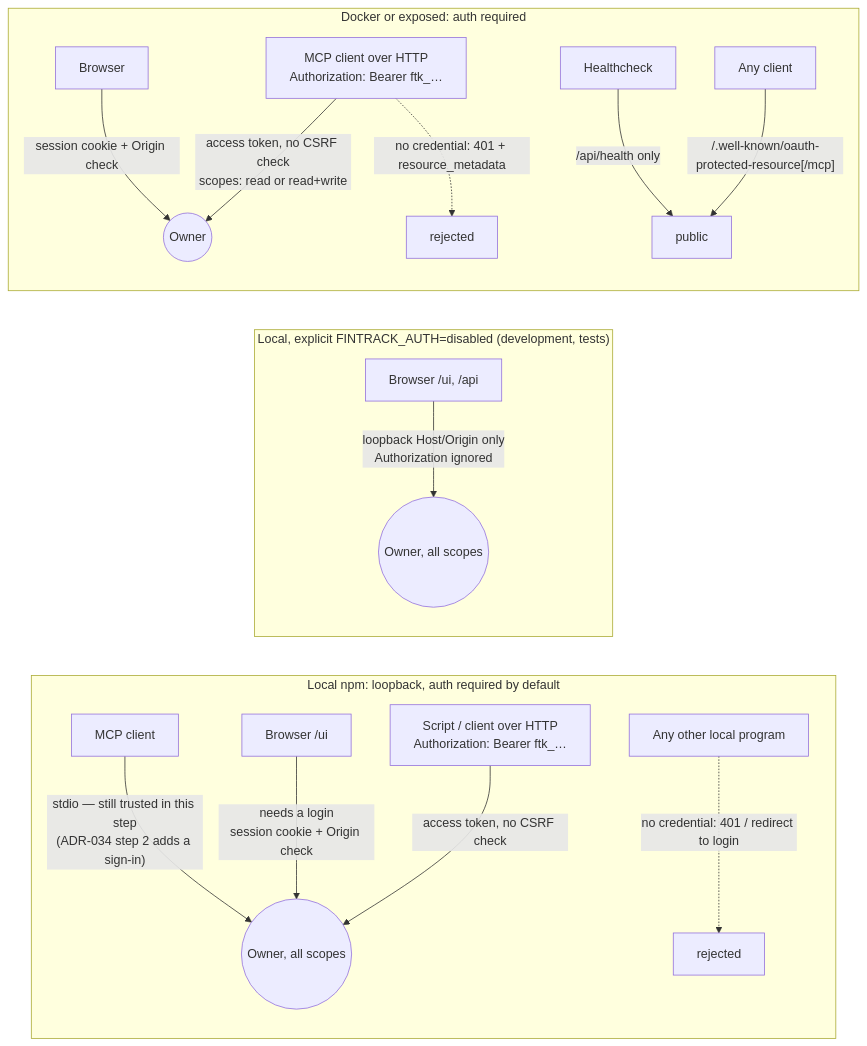
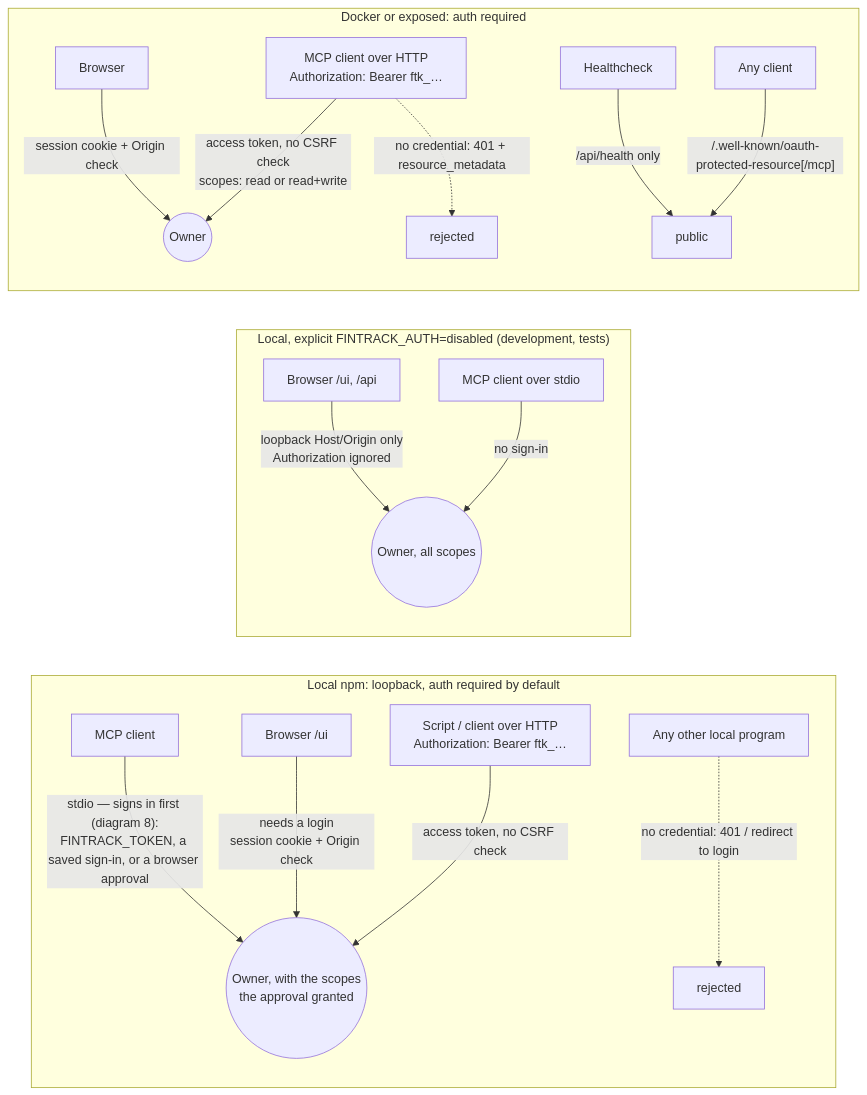
One commit to RafaelFCarneiro/patty changed the tenth of 14 diagrams in docs/auth-flows.md. Above: the diagram before and after it, drawn with Mermaid. The commit also changed other lines of this file and 102 other files, not shown here.

First line of the commit message:
feat(auth): stdio browser sign-in, login/logout, version guard (ADR-034 step 2) (#218)

````diff
--- a/docs/auth-flows.md
+++ b/docs/auth-flows.md
@@ -340,19 +354,20 @@
 ```mermaid
 flowchart LR
     subgraph L1["Local npm: loopback, auth required by default"]
-      S1[MCP client] -- "stdio — still trusted in this step<br/>(ADR-034 step 2 adds a sign-in)" --> O1((Owner, all scopes))
+      S1[MCP client] -- "stdio — signs in first (diagram 8):<br/>FINTRACK_TOKEN, a saved sign-in, or a browser approval" --> O1((Owner, with the scopes<br/>the approval granted))
       B1[Browser /ui] -- "needs a login<br/>session cookie + Origin check" --> O1
       C1["Script / client over HTTP<br/>Authorization: Bearer ftk_…"] -- "access token, no CSRF check" --> O1
       P1[Any other local program] -. "no credential: 401 / redirect to login" .-> X1[rejected]
     end
     subgraph L1D["Local, explicit FINTRACK_AUTH=disabled (development, tests)"]
       B1D[Browser /ui, /api] -- "loopback Host/Origin only<br/>Authorization ignored" --> O1D((Owner, all scopes))
+      S1D[MCP client over stdio] -- "no sign-in" --> O1D
     end
     subgraph L2["Docker or exposed: auth required"]
       B2[Browser] -- session cookie + Origin check --> O2((Owner))
       M2["MCP client over HTTP<br/>Authorization: Bearer ftk_…"] -- "access token, no CSRF check<br/>scopes: read or read+write" --> O2
       M2 -. "no credential: 401 + resource_metadata" .-> X2[rejected]
       H2[Healthcheck] -- /api/health only --> P2[public]
       W2[Any client] -- "/.well-known/oauth-protected-resource[/mcp]" --> P2
     end
 ```
````
